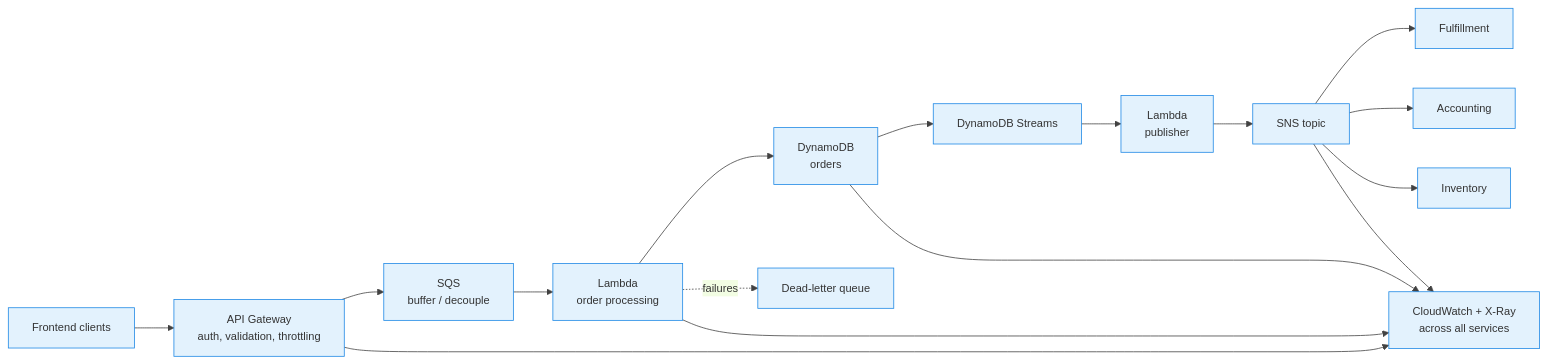
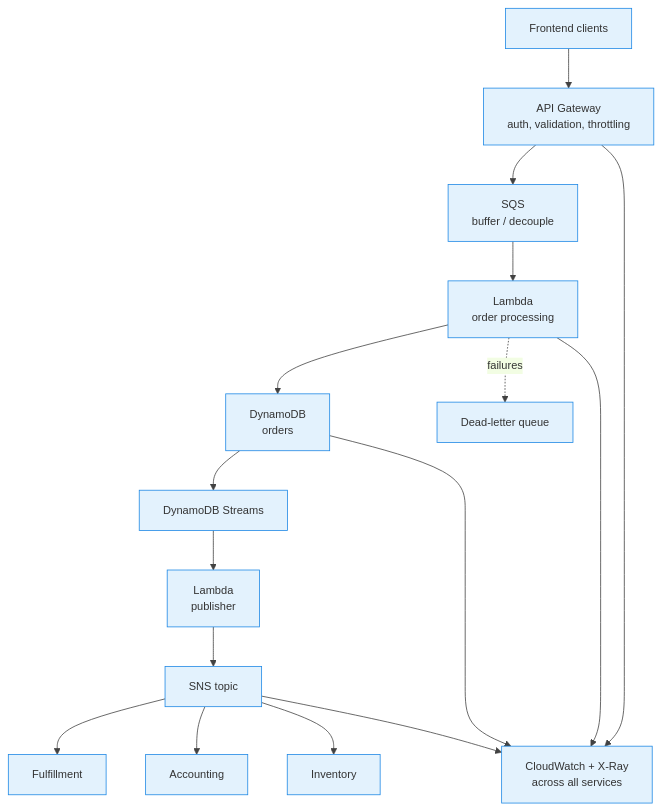
Before and after one commit to senthilkumarm1901/learn_by_blogging: diagram 22 of 26 in aws_cloud_technical_essentials_book/10-architecting-serverless-backend-solution-in-aws.qmd, drawn with Mermaid. The commit also changed 2 other files, not shown here.

Commit message:
architect cheatsheet updated

````diff
--- a/aws_cloud_technical_essentials_book/10-architecting-serverless-backend-solution-in-aws.qmd
+++ b/aws_cloud_technical_essentials_book/10-architecting-serverless-backend-solution-in-aws.qmd
@@ -679,19 +679,19 @@
 ```{mermaid}
 %%{init: {'theme': 'base', 'themeVariables': {'primaryColor': '#E3F2FD', 'primaryBorderColor': '#1E88E5', 'lineColor': '#424242', 'fontSize': '14px'}}}%%
-flowchart LR
+flowchart TD
     FE["Frontend clients"] --> APIGW["API Gateway<br>auth, validation, throttling"]
     APIGW --> SQS["SQS<br>buffer / decouple"]
     SQS --> LAM["Lambda<br>order processing"]
     LAM --> DDB["DynamoDB<br>orders"]
     LAM -.->|"failures"| DLQ["Dead-letter queue"]
     DDB --> STR["DynamoDB Streams"]
     STR --> LAM2["Lambda<br>publisher"]
     LAM2 --> SNS["SNS topic"]
     SNS --> D1["Fulfillment"]
     SNS --> D2["Accounting"]
     SNS --> D3["Inventory"]
     APIGW --> CW["CloudWatch + X-Ray<br>across all services"]
     LAM --> CW
     DDB --> CW
     SNS --> CW
 ```
````
